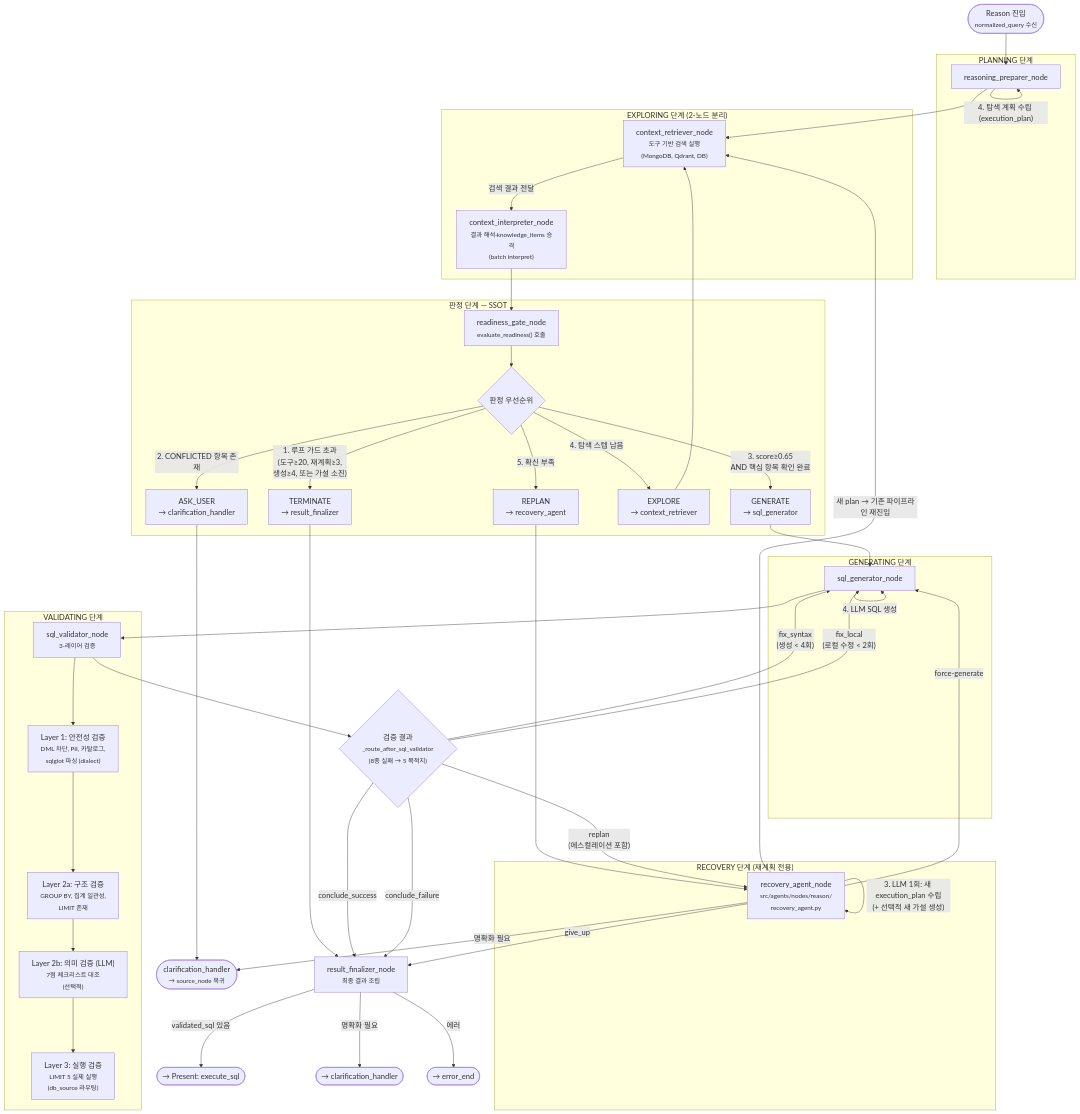
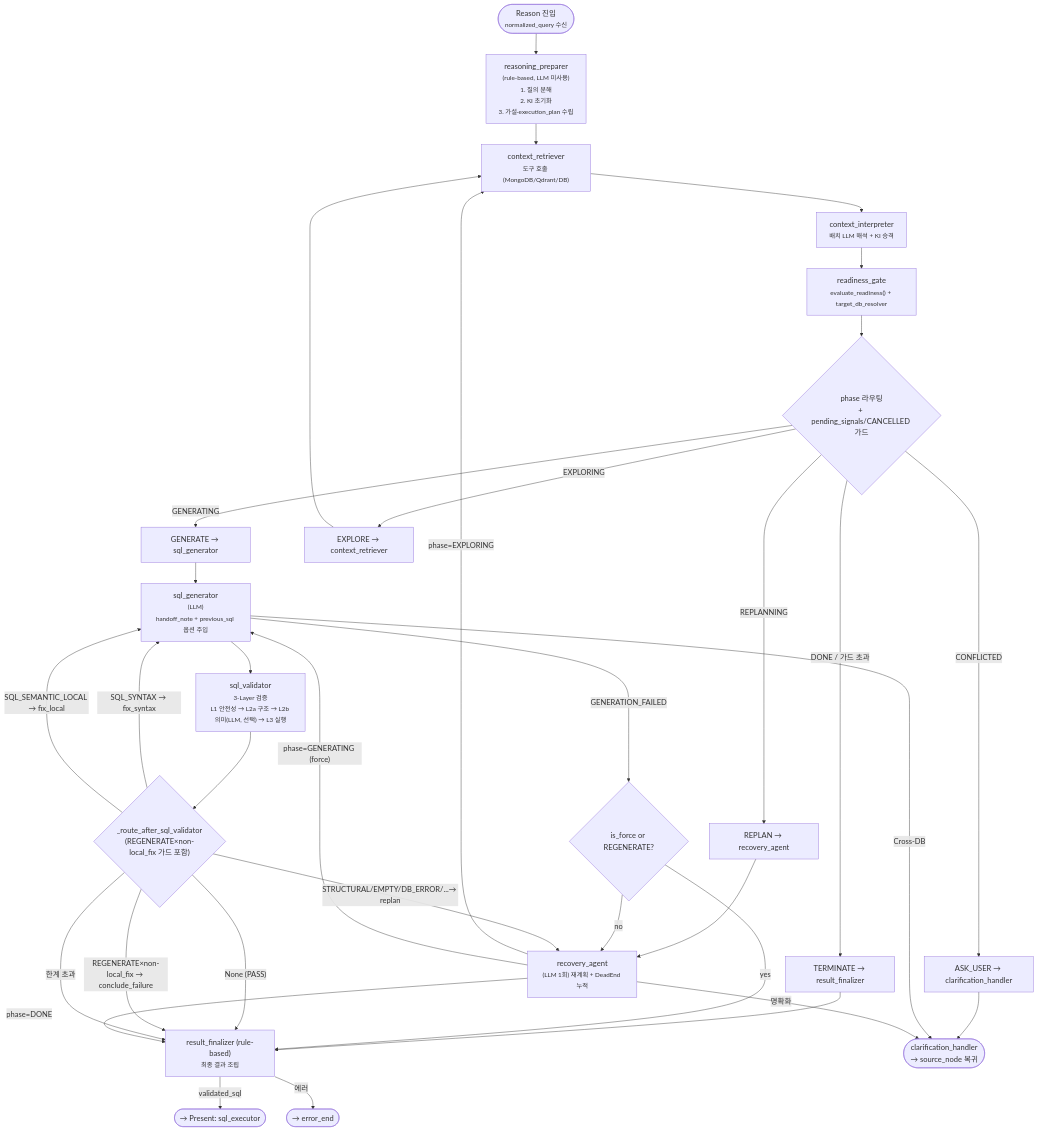
Before and after one commit to cheol-hee-han/data-copilot: the third of 3 diagrams in docs/architecture/pipeline-architecture.md, drawn with Mermaid. The commit also changed other lines of this file and 500 other files, not shown here.

````diff
--- a/docs/architecture/pipeline-architecture.md
+++ b/docs/architecture/pipeline-architecture.md
@@ -250,78 +302,50 @@
 flowchart TD
     START(["Reason 진입<br/><small>normalized_query 수신</small>"]) --> PLAN
 
-    subgraph planning["PLANNING 단계"]
-        PLAN["reasoning_preparer_node"]
-        PLAN -->|"1. 질의 분해 (decomposition)"| PLAN
-        PLAN -->|"2. knowledge_items 초기화"| PLAN
-        PLAN -->|"3. 가설 생성 (hypotheses)"| PLAN
-        PLAN -->|"4. 탐색 계획 수립 (execution_plan)"| PLAN
-    end
-
+    PLAN["reasoning_preparer<br/><small>(rule-based, LLM 미사용)<br/>1. 질의 분해<br/>2. KI 초기화<br/>3. 가설·execution_plan 수립</small>"]
     PLAN --> FETCH
 
-    subgraph exploring["EXPLORING 단계 (2-노드 분리)"]
-        FETCH["context_retriever_node<br/><small>도구 기반 검색 실행<br/>(MongoDB, Qdrant, DB)</small>"]
-        FETCH -->|"검색 결과 전달"| INTERP["context_interpreter_node<br/><small>결과 해석·knowledge_items 승격<br/>(batch interpret)</small>"]
-    end
-
+    FETCH["context_retriever<br/><small>도구 호출 (MongoDB/Qdrant/DB)</small>"]
+    FETCH --> INTERP["context_interpreter<br/><small>배치 LLM 해석 + KI 승격</small>"]
     INTERP --> EVAL
 
-    subgraph evaluating["판정 단계 — SSOT"]
-        EVAL["readiness_gate_node<br/><small>evaluate_readiness() 호출</small>"]
-        EVAL --> EVAL_LOGIC{"판정 우선순위"}
-        EVAL_LOGIC -->|"1. 루프 가드 초과<br/>(도구≥20, 재계획≥3,<br/>생성≥4, 또는 가설 소진)"| TERMINATE
-        EVAL_LOGIC -->|"2. CONFLICTED 항목 존재"| ASK_USER
-        EVAL_LOGIC -->|"3. score≥0.65<br/>AND 핵심 항목 확인 완료"| GENERATE
-        EVAL_LOGIC -->|"4. 탐색 스텝 남음"| EXPLORE_MORE
-        EVAL_LOGIC -->|"5. 확신 부족"| REPLAN_V
-    end
+    EVAL["readiness_gate<br/><small>evaluate_readiness() + target_db_resolver</small>"]
+    EVAL --> EVAL_LOGIC{"phase 라우팅<br/>+ pending_signals/CANCELLED 가드"}
+    EVAL_LOGIC -->|"DONE / 가드 초과"| TERMINATE
+    EVAL_LOGIC -->|"CONFLICTED"| ASK_USER
+    EVAL_LOGIC -->|"GENERATING"| GENERATE
+    EVAL_LOGIC -->|"EXPLORING"| EXPLORE_MORE
+    EVAL_LOGIC -->|"REPLANNING"| REPLAN_V
 
-    TERMINATE["TERMINATE<br/>→ result_finalizer"] --> FIN
-    ASK_USER["ASK_USER<br/>→ clarification_handler"] --> CLR_U(["clarification_handler<br/><small>→ source_node 복귀</small>"])
-    GENERATE["GENERATE<br/>→ sql_generator"] --> GEN
-    EXPLORE_MORE["EXPLORE<br/>→ context_retriever"] --> FETCH
-    REPLAN_V["REPLAN<br/>→ recovery_agent"] --> REC
+    TERMINATE["TERMINATE → result_finalizer"] --> FIN
+    ASK_USER["ASK_USER → clarification_handler"] --> CLR_U(["clarification_handler<br/>→ source_node 복귀"])
+    GENERATE["GENERATE → sql_generator"] --> GEN
+    EXPLORE_MORE["EXPLORE → context_retriever"] --> FETCH
+    REPLAN_V["REPLAN → recovery_agent"] --> REC
 
-    subgraph generating["GENERATING 단계"]
-        GEN["sql_generator_node"]
-        GEN -->|"1. DB 소스 판별 (dialect)"| GEN
-        GEN -->|"2. 교차 DB 감지 → clarification_handler"| GEN
-        GEN -->|"3. 프롬프트 조립<br/>(지식 + 힌트 + dead_ends)"| GEN
-        GEN -->|"4. LLM SQL 생성"| GEN
-    end
-
+    GEN["sql_generator<br/><small>(LLM)<br/>handoff_note + previous_sql 옵션 주입</small>"]
+    GEN -->|"GENERATION_FAILED"| GEN_FAIL{is_force or REGENERATE?}
+    GEN_FAIL -->|"yes"| FIN
+    GEN_FAIL -->|"no"| REC
+    GEN -->|"Cross-DB"| CLR_U
     GEN --> VAL
 
-    subgraph validating["VALIDATING 단계"]
-        VAL["sql_validator_node<br/><small>3-레이어 검증</small>"]
-        VAL --> L1["Layer 1: 안전성 검증<br/><small>DML 차단, PII, 카탈로그,<br/>sqlglot 파싱 (dialect)</small>"]
-        L1 --> L2["Layer 2a: 구조 검증<br/><small>GROUP BY, 집계 일관성,<br/>LIMIT 존재</small>"]
-        L2 --> L2B["Layer 2b: 의미 검증 (LLM)<br/><small>7점 체크리스트 대조<br/>(선택적)</small>"]
-        L2B --> L3["Layer 3: 실행 검증<br/><small>LIMIT 5 실제 실행<br/>(db_source 라우팅)</small>"]
-    end
+    VAL["sql_validator<br/><small>3-Layer 검증<br/>L1 안전성 → L2a 구조 → L2b 의미(LLM, 선택) → L3 실행</small>"]
+    VAL --> VAL_RESULT{"_route_after_sql_validator<br/>(REGENERATE×non-local_fix 가드 포함)"}
+    VAL_RESULT -->|"None (PASS)"| FIN
+    VAL_RESULT -->|"SQL_SYNTAX → fix_syntax"| GEN
+    VAL_RESULT -->|"SQL_SEMANTIC_LOCAL → fix_local"| GEN
+    VAL_RESULT -->|"STRUCTURAL/EMPTY/DB_ERROR/...→ replan"| REC
+    VAL_RESULT -->|"REGENERATE×non-local_fix → conclude_failure"| FIN
+    VAL_RESULT -->|"한계 초과"| FIN
 
-    VAL --> VAL_RESULT{"검증 결과<br/><small>_route_after_sql_validator<br/>(8종 실패 → 5 목적지)</small>"}
-    VAL_RESULT -->|"conclude_success"| FIN
-    VAL_RESULT -->|"fix_syntax<br/>(생성 < 4회)"| GEN
-    VAL_RESULT -->|"fix_local<br/>(로컬 수정 < 2회)"| GEN
-    VAL_RESULT -->|"replan<br/>(에스컬레이션 포함)"| REC
-    VAL_RESULT -->|"conclude_failure"| FIN
+    REC["recovery_agent<br/><small>(LLM 1회) 재계획 + DeadEnd 누적</small>"]
+    REC -->|"phase=EXPLORING"| FETCH
+    REC -->|"phase=GENERATING (force)"| GEN
+    REC -->|"phase=DONE"| FIN
+    REC -->|"명확화"| CLR_U
 
-    subgraph replanning["RECOVERY 단계 (재계획 전용)"]
-        REC["recovery_agent_node<br/><small>src/agents/nodes/reason/<br/>recovery_agent.py</small>"]
-        REC -->|"1. 현재 가설 FAILED 처리"| REC
-        REC -->|"2. DeadEnd 기록"| REC
-        REC -->|"3. LLM 1회: 새 execution_plan 수립<br/>(+ 선택적 새 가설 생성)"| REC
-    end
-
-    REC -->|"새 plan → 기존 파이프라인 재진입"| FETCH
-    REC -->|"force-generate"| GEN
-    REC -->|"give_up"| FIN
-    REC -->|"명확화 필요"| CLR_U
-
-    FIN["result_finalizer_node<br/><small>최종 결과 조립</small>"]
-    FIN -->|"validated_sql 있음"| EXEC(["→ Present: execute_sql"])
-    FIN -->|"명확화 필요"| CLR_U2(["→ clarification_handler"])
+    FIN["result_finalizer (rule-based)<br/><small>최종 결과 조립</small>"]
+    FIN -->|"validated_sql"| EXEC(["→ Present: sql_executor"])
     FIN -->|"에러"| ERROR(["→ error_end"])
 ```
````
